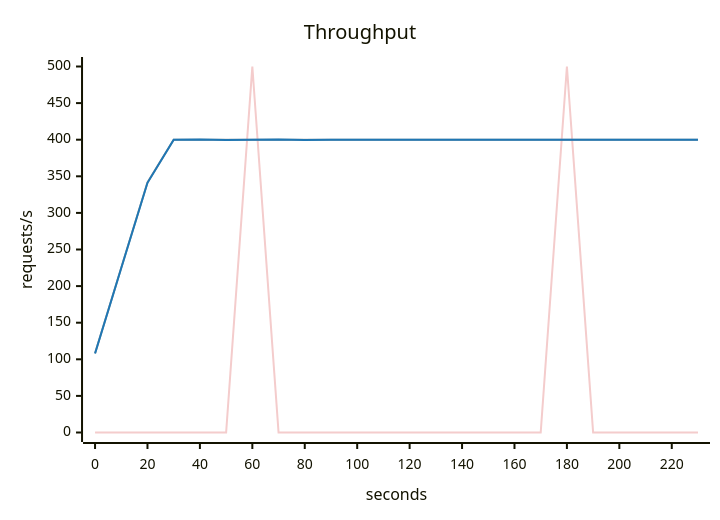
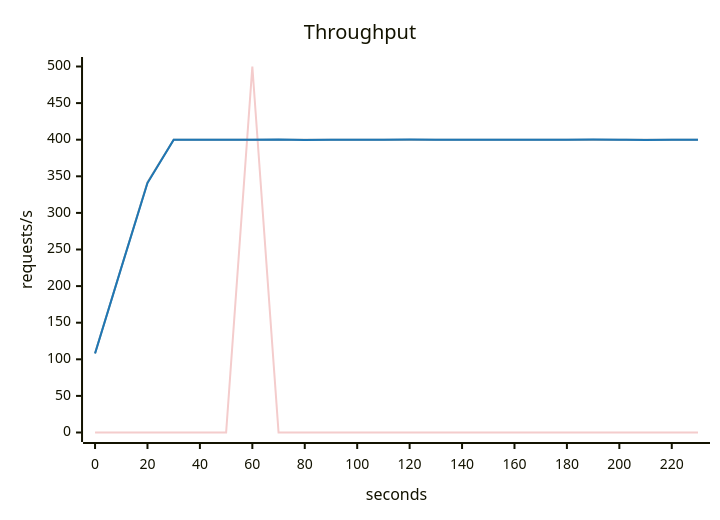
Before and after one commit to akinfemi/load-lore: the second of 5 diagrams in scenarios/slow-disk/solutions/async-commit/report.md, drawn with Mermaid. The commit also changed other lines of this file and 71 other files, not shown here.

````diff
--- a/scenarios/slow-disk/solutions/async-commit/report.md
+++ b/scenarios/slow-disk/solutions/async-commit/report.md
@@ -36,16 +36,16 @@
 ```mermaid
 ---
 config:
   themeVariables:
     xyChart:
       backgroundColor: "transparent"
       plotColorPalette: "#f4cccc, #9e9e9e, #1f77b4"
 ---
 xychart-beta
     title "Throughput"
     x-axis "seconds" 0 --> 230
     y-axis "requests/s" 0 --> 500
-    line [0, 0, 0, 0, 0, 0, 500, 0, 0, 0, 0, 0, 0, 0, 0, 0, 0, 0, 500, 0, 0, 0, 0, 0]
+    line [0, 0, 0, 0, 0, 0, 500, 0, 0, 0, 0, 0, 0, 0, 0, 0, 0, 0, 0, 0, 0, 0, 0, 0]
     line [108.333, 225, 341.667, 400, 400, 400, 400, 400, 400, 400, 400, 400, 400, 400, 400, 400, 400, 400, 400, 400, 400, 400, 400, 400]
-    line [107.843, 224.695, 341.109, 400.036, 400.292, 399.728, 399.972, 400.335, 399.673, 400.009, 399.946, 400.003, 400.049, 400.022, 399.987, 400.008, 400.039, 400.044, 399.83, 400.025, 399.999, 400.031, 400.06, 399.973]
+    line [107.854, 224.947, 340.778, 400.002, 400.002, 399.999, 399.995, 400.308, 399.731, 399.956, 400.051, 399.936, 400.127, 399.913, 400.02, 399.97, 399.973, 400.016, 400.102, 400.157, 400.004, 399.736, 400.002, 400.082]
 ```
````
